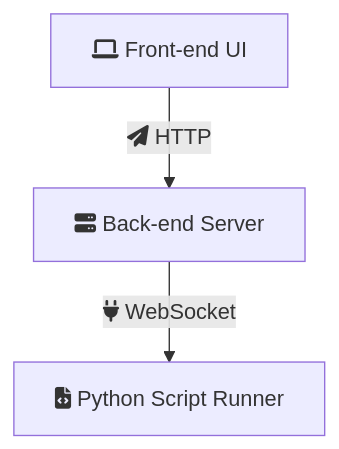
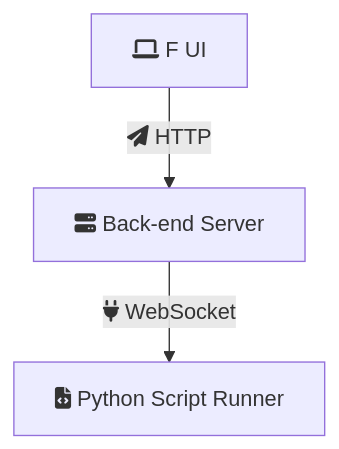
Before and after one commit to AlkeySheng/iodraw-files: the diagram in all/未命名.md, drawn with Mermaid.

Commit message:
2024-05-20 15:00:53 update

````diff
--- a/all/未命名.md
+++ b/all/未命名.md
@@ -1,6 +1,6 @@
 ```mermaid
 graph TD
-    A[fa:fa-laptop Front-end UI] -->|fa:fa-paper-plane HTTP| B[fa:fa-server Back-end Server]
+    A[fa:fa-laptop F UI] -->|fa:fa-paper-plane HTTP| B[fa:fa-server Back-end Server]
     B -->|fa:fa-plug WebSocket| C[fa:fa-file-code Python Script Runner]
 
 ```
````
